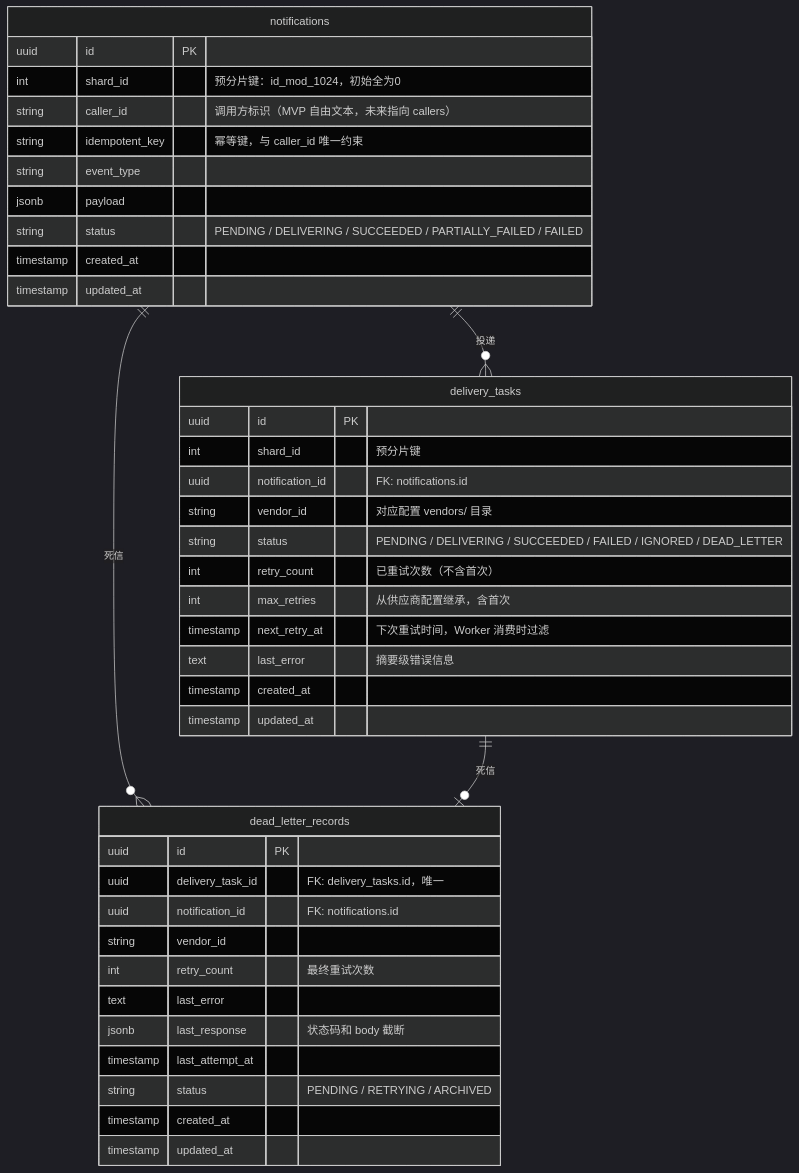
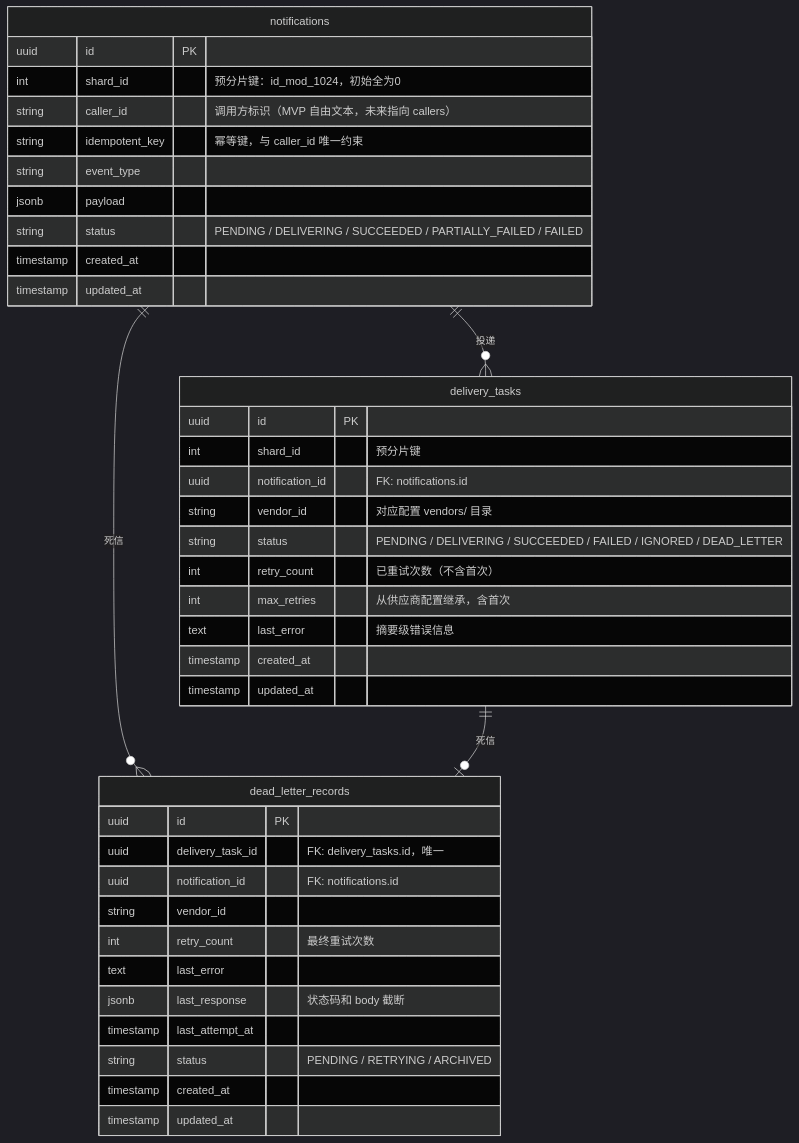
Before and after one commit to xnslong/rc_xnslong: the third of 20 diagrams in doc/requirements/202605-notification-design-dd.md, drawn with Mermaid (dark theme). The commit also changed other lines of this file, not shown here.

First line of the commit message:
docs(dd): 移除 next_retry_at 字段及相关索引

````diff
--- a/doc/requirements/202605-notification-design-dd.md
+++ b/doc/requirements/202605-notification-design-dd.md
@@ -197,46 +197,45 @@
 ```mermaid
 erDiagram
     notifications {
         uuid        id              PK
         int         shard_id        "预分片键：id_mod_1024，初始全为0"
         string      caller_id       "调用方标识（MVP 自由文本，未来指向 callers）"
         string      idempotent_key  "幂等键，与 caller_id 唯一约束"
         string      event_type
         jsonb       payload
         string      status          "PENDING / DELIVERING / SUCCEEDED / PARTIALLY_FAILED / FAILED"
         timestamp   created_at
         timestamp   updated_at
     }
 
     delivery_tasks {
         uuid        id               PK
         int         shard_id         "预分片键"
         uuid        notification_id  "FK: notifications.id"
         string      vendor_id        "对应配置 vendors/ 目录"
         string      status           "PENDING / DELIVERING / SUCCEEDED / FAILED / IGNORED / DEAD_LETTER"
         int         retry_count      "已重试次数（不含首次）"
         int         max_retries      "从供应商配置继承，含首次"
-        timestamp   next_retry_at    "下次重试时间，Worker 消费时过滤"
         text        last_error       "摘要级错误信息"
         timestamp   created_at
         timestamp   updated_at
     }
 
     dead_letter_records {
         uuid        id                PK
         uuid        delivery_task_id  "FK: delivery_tasks.id，唯一"
         uuid        notification_id   "FK: notifications.id"
         string      vendor_id
         int         retry_count       "最终重试次数"
         text        last_error
         jsonb       last_response     "状态码和 body 截断"
         timestamp   last_attempt_at
         string      status            "PENDING / RETRYING / ARCHIVED"
         timestamp   created_at
         timestamp   updated_at
     }
 
     notifications ||--o{ delivery_tasks : "投递"
     notifications ||--o{ dead_letter_records : "死信"
     delivery_tasks ||--o| dead_letter_records : "死信"
 ```
````
